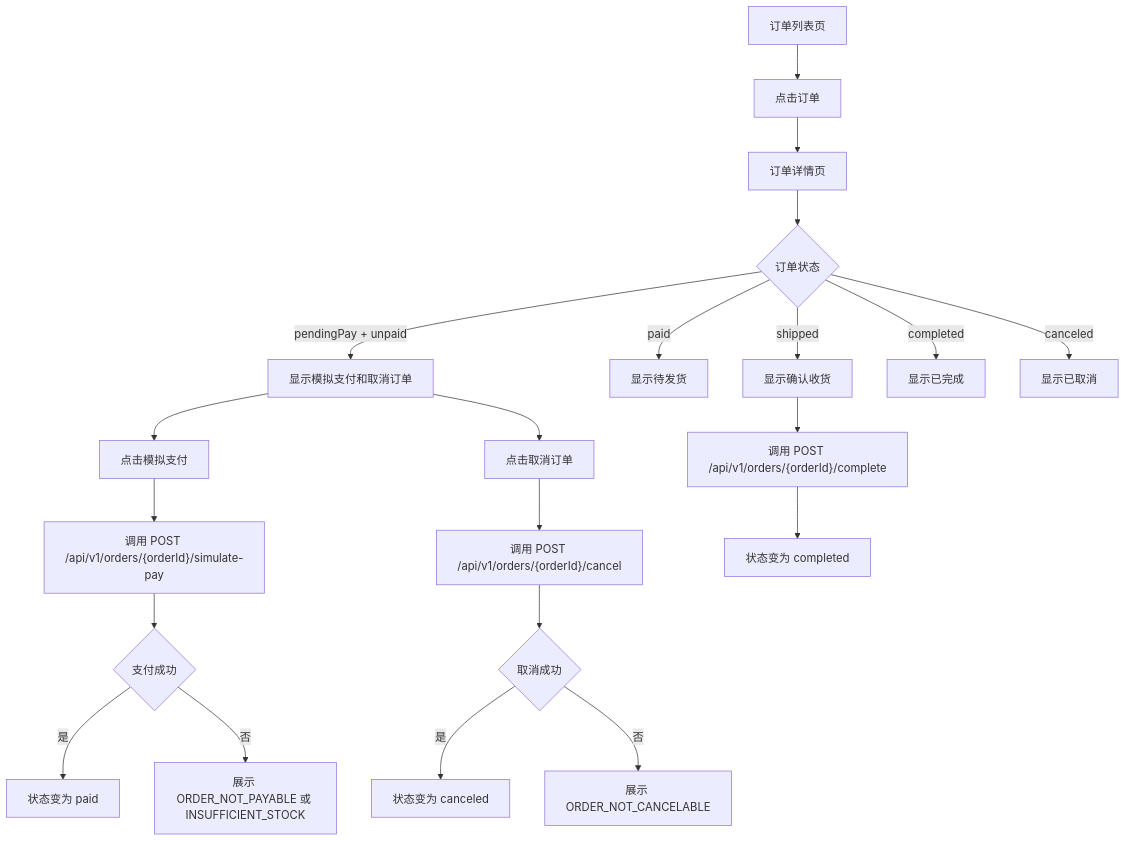
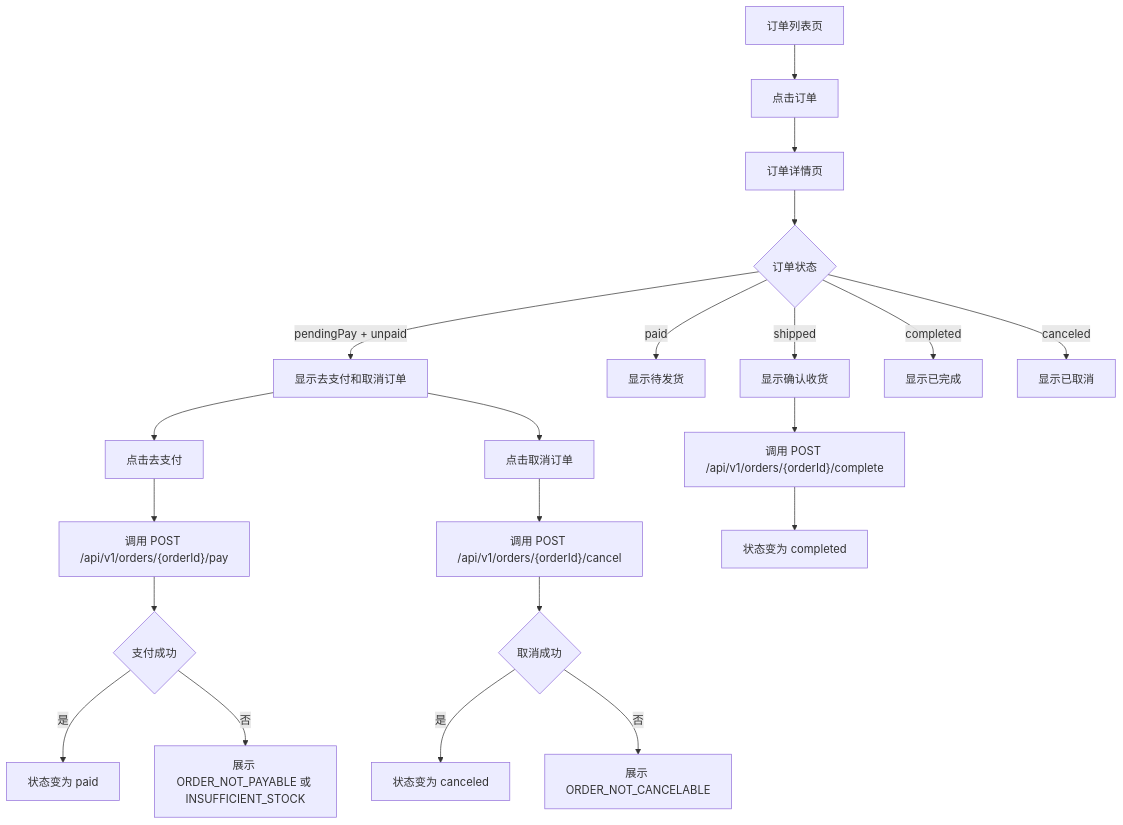
Before and after one commit to Zesuy/social-group-buying-platform: the fifth of 10 diagrams in docs/页面与交互文档.md, drawn with Mermaid. The commit also changed other lines of this file and 60 other files, not shown here.

Commit message:
feat: add sandbox alipay payment flow

````diff
--- a/docs/页面与交互文档.md
+++ b/docs/页面与交互文档.md
@@ -203,23 +203,23 @@
 ```mermaid
 flowchart TD
     A[订单列表页] --> B[点击订单]
     B --> C[订单详情页]
     C --> D{订单状态}
-    D -- pendingPay + unpaid --> E[显示模拟支付和取消订单]
-    E --> F[点击模拟支付]
-    F --> G["调用 POST /api/v1/orders/{orderId}/simulate-pay"]
+    D -- pendingPay + unpaid --> E[显示去支付和取消订单]
+    E --> F[点击去支付]
+    F --> G["调用 POST /api/v1/orders/{orderId}/pay"]
     G --> H{支付成功}
     H -- 是 --> I[状态变为 paid]
     H -- 否 --> J[展示 ORDER_NOT_PAYABLE 或 INSUFFICIENT_STOCK]
     E --> K[点击取消订单]
     K --> L["调用 POST /api/v1/orders/{orderId}/cancel"]
     L --> M{取消成功}
     M -- 是 --> N[状态变为 canceled]
     M -- 否 --> O[展示 ORDER_NOT_CANCELABLE]
     D -- paid --> P[显示待发货]
     D -- shipped --> Q[显示确认收货]
     Q --> R["调用 POST /api/v1/orders/{orderId}/complete"]
     R --> S[状态变为 completed]
     D -- completed --> T[显示已完成]
     D -- canceled --> U[显示已取消]
 ```
````
